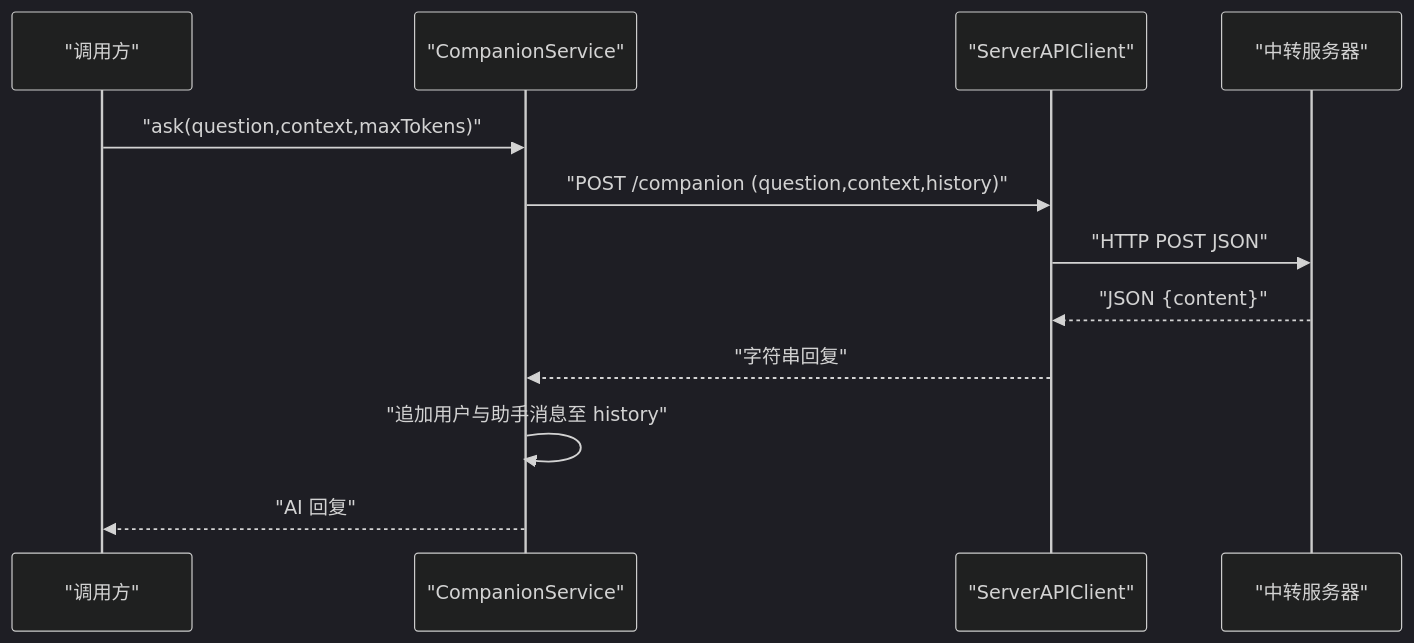
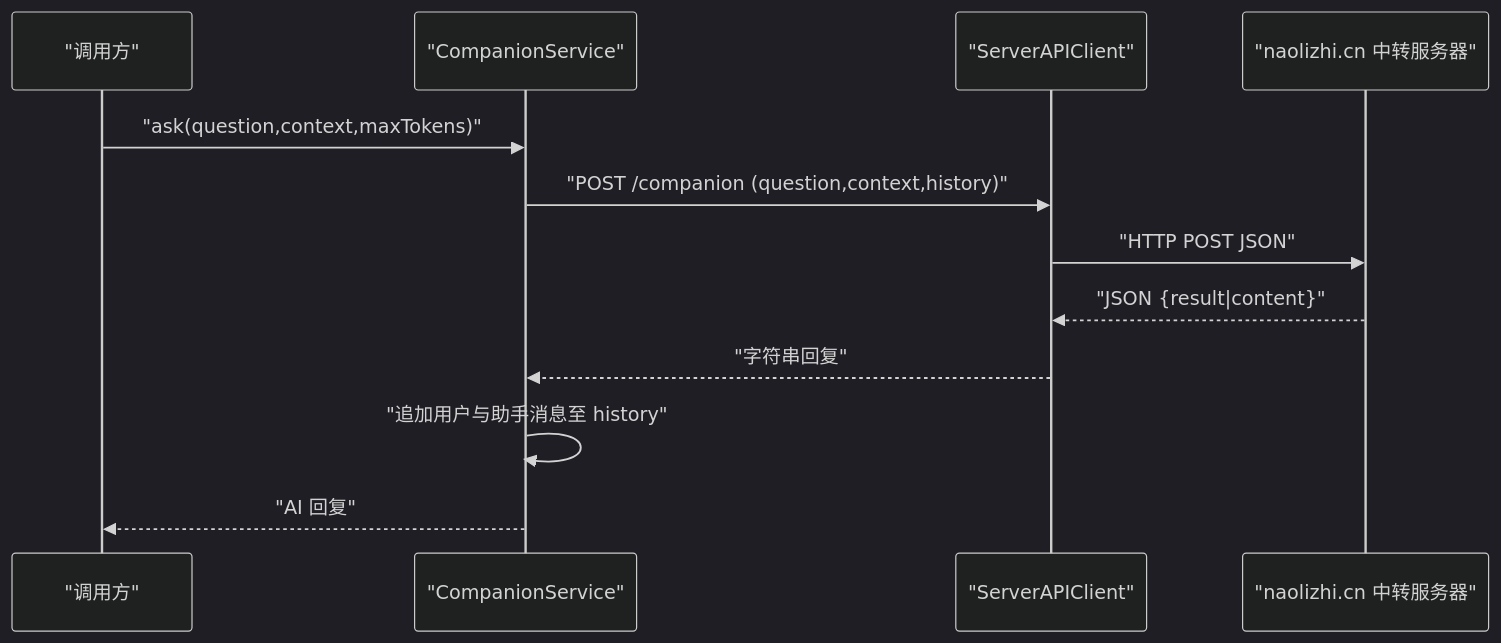
Before and after one commit to Primoguo/VoiceReader: the fifth of 10 diagrams in .qoder/repowiki/zh/content/架构设计/服务器代理架构.md, drawn with Mermaid (dark theme). The commit also changed other lines of this file and 92 other files, not shown here.

````diff
--- a/.qoder/repowiki/zh/content/架构设计/服务器代理架构.md
+++ b/.qoder/repowiki/zh/content/架构设计/服务器代理架构.md
@@ -229,14 +258,14 @@
 ```mermaid
 sequenceDiagram
 participant UI as "调用方"
 participant Comp as "CompanionService"
 participant Client as "ServerAPIClient"
-participant Server as "中转服务器"
+participant Server as "naolizhi.cn 中转服务器"
 UI->>Comp : "ask(question,context,maxTokens)"
 Comp->>Client : "POST /companion (question,context,history)"
 Client->>Server : "HTTP POST JSON"
-Server-->>Client : "JSON {content}"
+Server-->>Client : "JSON {result|content}"
 Client-->>Comp : "字符串回复"
 Comp->>Comp : "追加用户与助手消息至 history"
 Comp-->>UI : "AI 回复"
 ```
````
